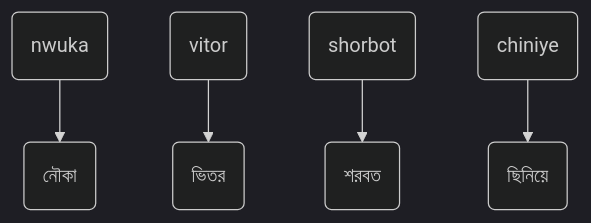
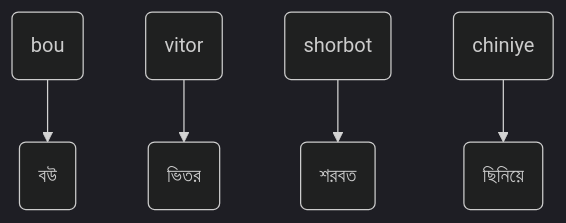
Before and after one commit to KhiproTeam/khipro-quickstart: the second of 27 diagrams in README.md, drawn with Mermaid (dark theme).

Commit message:
সাধারণ বর্ণের উদাহরণ থেকে wu বাদ দেওয়া

````diff
--- a/README.md
+++ b/README.md
@@ -82,7 +82,7 @@
 ```mermaid
 flowchart TD
-A(nwuka) --> B("নৌকা")
+A(bou) --> B("বউ")
 c(vitor) --> d("ভিতর")
 e(shorbot) --> f("শরবত")
 g(chiniye) --> h("ছিনিয়ে")
 ```
````
